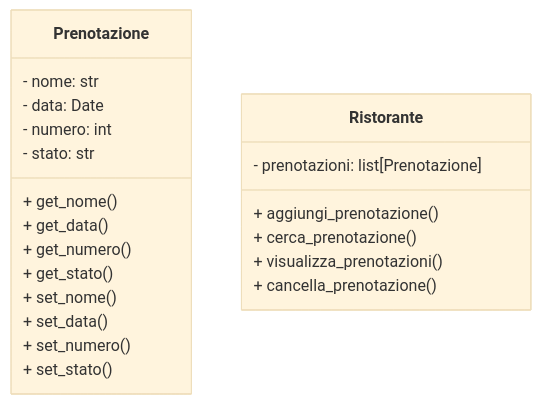
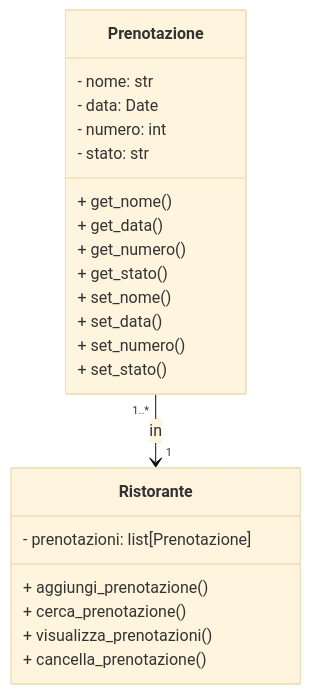
The diagram in esercizio_025/bernardini_es025.md (LucaBernardinii/esercizi_4M), drawn with Mermaid (base theme) before and after one commit.

````diff
--- a/esercizio_025/bernardini_es025.md
+++ b/esercizio_025/bernardini_es025.md
@@ -1,27 +1,27 @@
 ```mermaid
 classDiagram
     class Prenotazione {
         - nome: str
         - data: Date
         - numero: int
         - stato: str
         + get_nome()
         + get_data()
         + get_numero()
         + get_stato()
         + set_nome()
         + set_data()
         + set_numero()
         + set_stato()
         }
 
     class Ristorante {
         - prenotazioni: list[Prenotazione]
         + aggiungi_prenotazione()
         + cerca_prenotazione()
         + visualizza_prenotazioni()
         + cancella_prenotazione()
         }
 
-
+Prenotazione "1..*" --> "1" Ristorante: in
 ```
````
